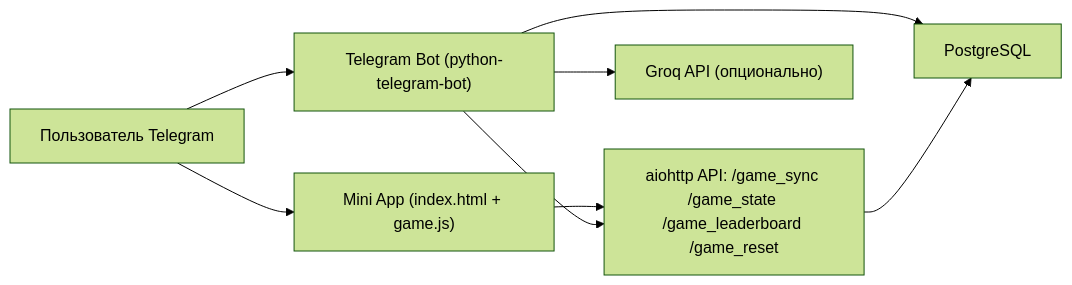
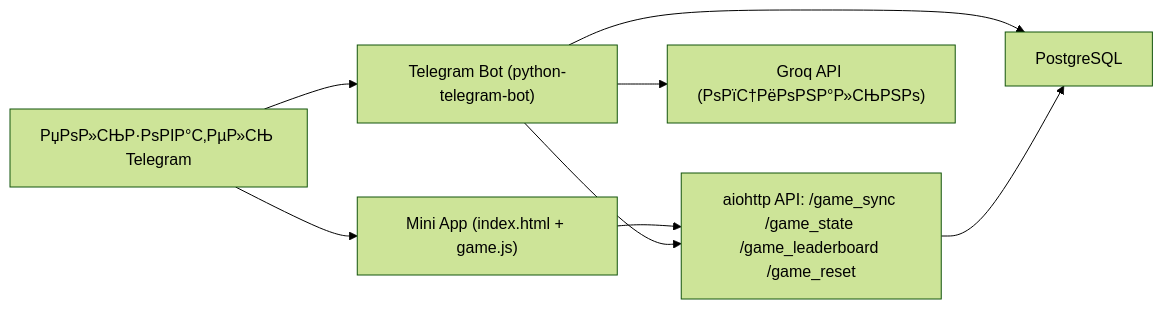
One commit to Ygud2962/telegram-bot changed the diagram in README.md. Above: the diagram before and after it, drawn with Mermaid (forest theme). The commit also changed other lines of this file and 2 other files, not shown here.

````diff
--- a/README.md
+++ b/README.md
@@ -80,10 +80,10 @@
 ```mermaid
 flowchart LR
-  U["Пользователь Telegram"] --> B["Telegram Bot (python-telegram-bot)"]
+  U["РџРѕР»СЊР·РѕРІР°С‚РµР»СЊ Telegram"] --> B["Telegram Bot (python-telegram-bot)"]
   U --> W["Mini App (index.html + game.js)"]
   B --> D["PostgreSQL"]
   W --> A["aiohttp API: /game_sync /game_state /game_leaderboard /game_reset"]
   A --> D
   B --> A
-  B --> G["Groq API (опционально)"]
+  B --> G["Groq API (РѕРїС†РёРѕРЅР°Р»СЊРЅРѕ)"]
 ```
````
